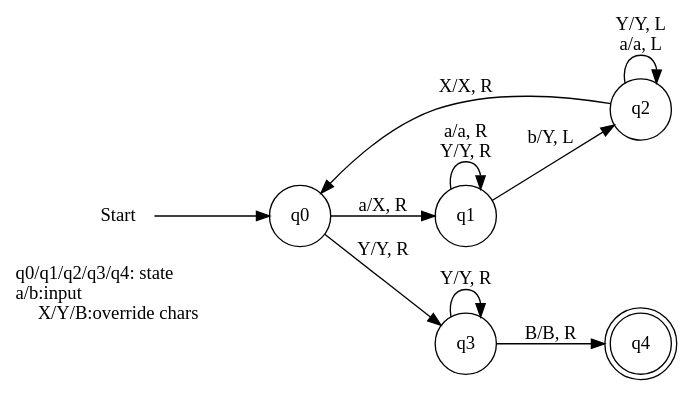
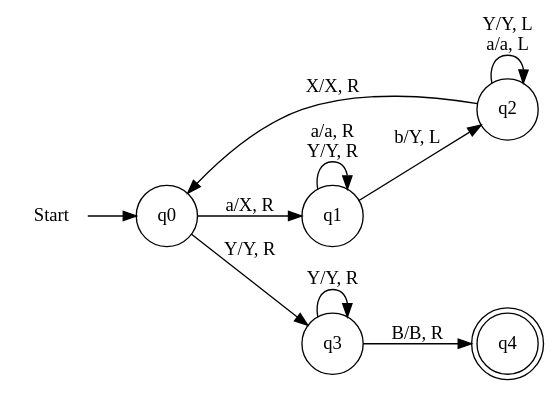
Before and after one commit to rynxr/SCADL: the diagram in eval/turing_completeness/anbn_turing_machine.dot, drawn with Graphviz.

Commit message:
Remove legend.

```diff
--- a/eval/turing_completeness/anbn_turing_machine.dot
+++ b/eval/turing_completeness/anbn_turing_machine.dot
@@ -1,24 +1,21 @@
-digraph anbn_turing_machine {
-  
+digraph anbn_turing_machine {  
   rankdir = "LR";
-  Legend [shape=none, margin=0, label="q0/q1/q2/q3/q4: state\la/b:input\lX/Y/B:override chars"];
+  //Legend [shape=none, margin=0, label="q0/q1/q2/q3/q4: state\la/b:input\lX/Y/B:override chars"];
   Start [shape=none, margin=0];
   q0 [shape=circle];
   q1 [shape=circle];
   q2 [shape=circle];
   q3 [shape=circle];
   q4 [shape=doublecircle]; 
 
   Start->q0;  
   q0->q1[label="a/X, R"];
   q1->q1[label="a/a, R\nY/Y, R"];
   q1->q2[label="b/Y, L"];
   q2->q2[label="Y/Y, L\na/a, L"];
   q2->q0[label="X/X, R"];
 
   q0->q3[label="Y/Y, R"];
   q3->q3[label="Y/Y, R"];
-  q3->q4[label="B/B, R"];
-  
-  
+  q3->q4[label="B/B, R"];  
 }
```
